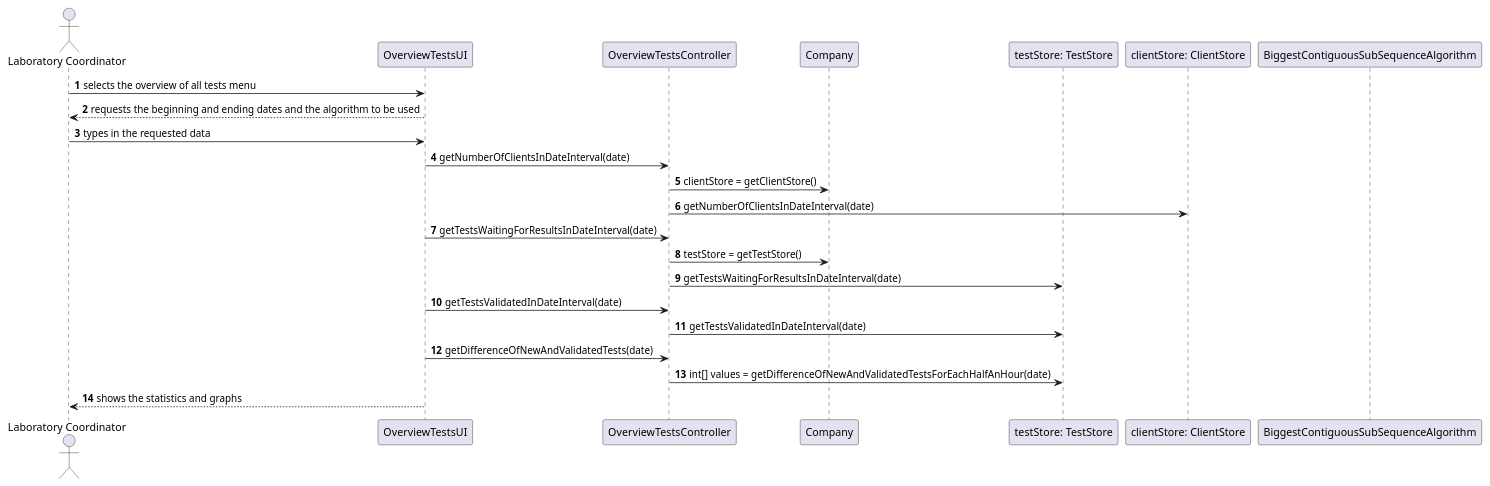
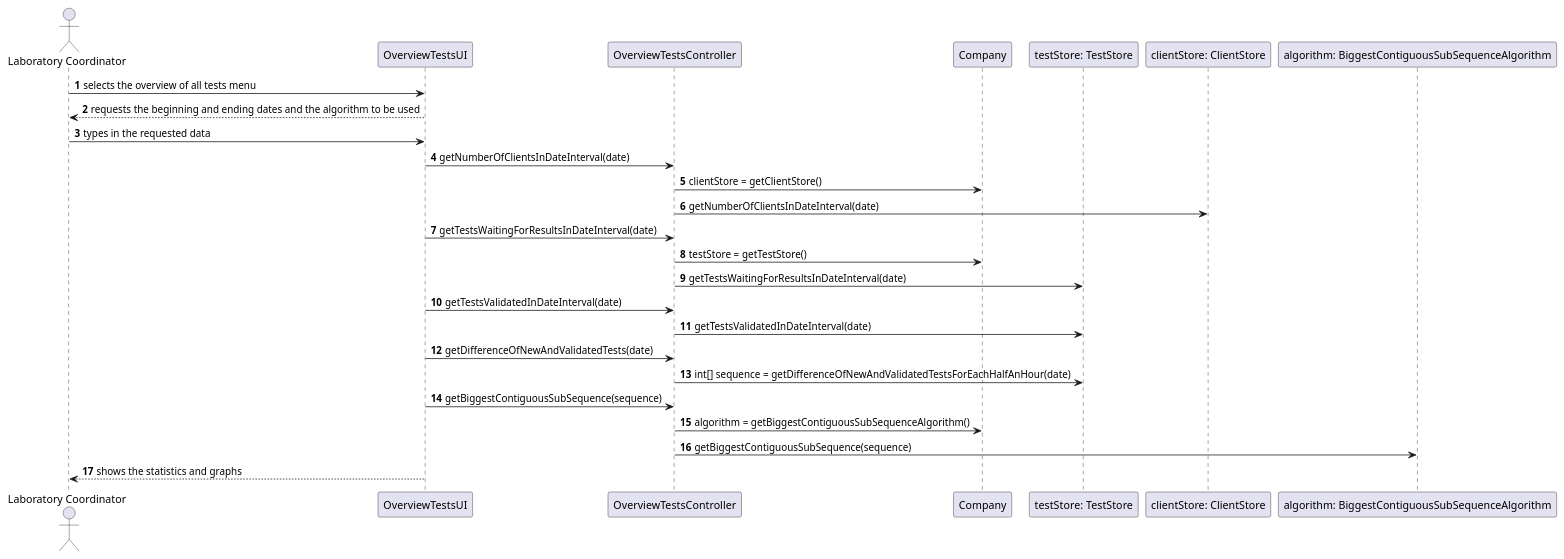
The diagram in docs/SprintD/US16/US16_SD.puml (MadDinosaur/ISEP-LAPR2), drawn with PlantUML before and after one commit. The commit also changed 11 other files, not shown here.

Commit message:
Changed the sequence diagram from us16 and us17.

```diff
--- a/docs/SprintD/US16/US16_SD.puml
+++ b/docs/SprintD/US16/US16_SD.puml
@@ -1,28 +1,31 @@
 @startuml
 
 autonumber
 
 actor "Laboratory Coordinator" as lc
 participant "OverviewTestsUI" as otUI
 participant "OverviewTestsController" as otC
 participant "Company" as company
 participant "testStore: TestStore" as ts
 participant "clientStore: ClientStore" as cs
-participant "BiggestContiguousSubSequenceAlgorithm"
+participant "algorithm: BiggestContiguousSubSequenceAlgorithm"
 
 lc -> otUI: selects the overview of all tests menu
 otUI -[dotted]> lc: requests the beginning and ending dates and the algorithm to be used
 lc -> otUI: types in the requested data
 otUI -> otC: getNumberOfClientsInDateInterval(date)
 otC -> company: clientStore = getClientStore()
 otC -> cs: getNumberOfClientsInDateInterval(date)
 otUI -> otC: getTestsWaitingForResultsInDateInterval(date)
 otC -> company: testStore = getTestStore()
 otC -> ts: getTestsWaitingForResultsInDateInterval(date)
 otUI -> otC: getTestsValidatedInDateInterval(date)
 otC -> ts: getTestsValidatedInDateInterval(date)
 otUI -> otC: getDifferenceOfNewAndValidatedTests(date)
-otC -> ts: int[] values = getDifferenceOfNewAndValidatedTestsForEachHalfAnHour(date)
+otC -> ts: int[] sequence = getDifferenceOfNewAndValidatedTestsForEachHalfAnHour(date)
+otUI -> otC: getBiggestContiguousSubSequence(sequence)
+otC -> company: algorithm = getBiggestContiguousSubSequenceAlgorithm()
+otC -> "algorithm: BiggestContiguousSubSequenceAlgorithm": getBiggestContiguousSubSequence(sequence)
 otUI -[dotted]> lc: shows the statistics and graphs
 
 @enduml
```
